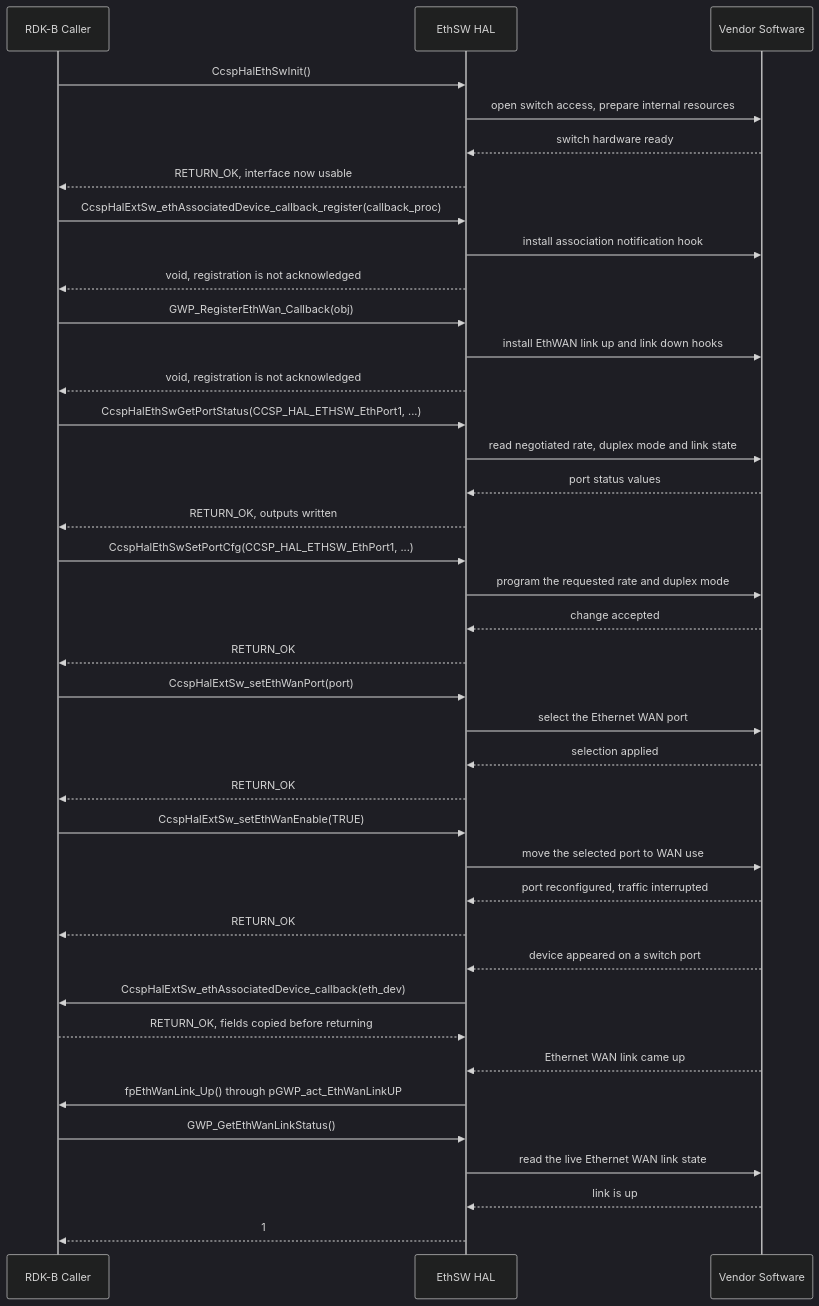
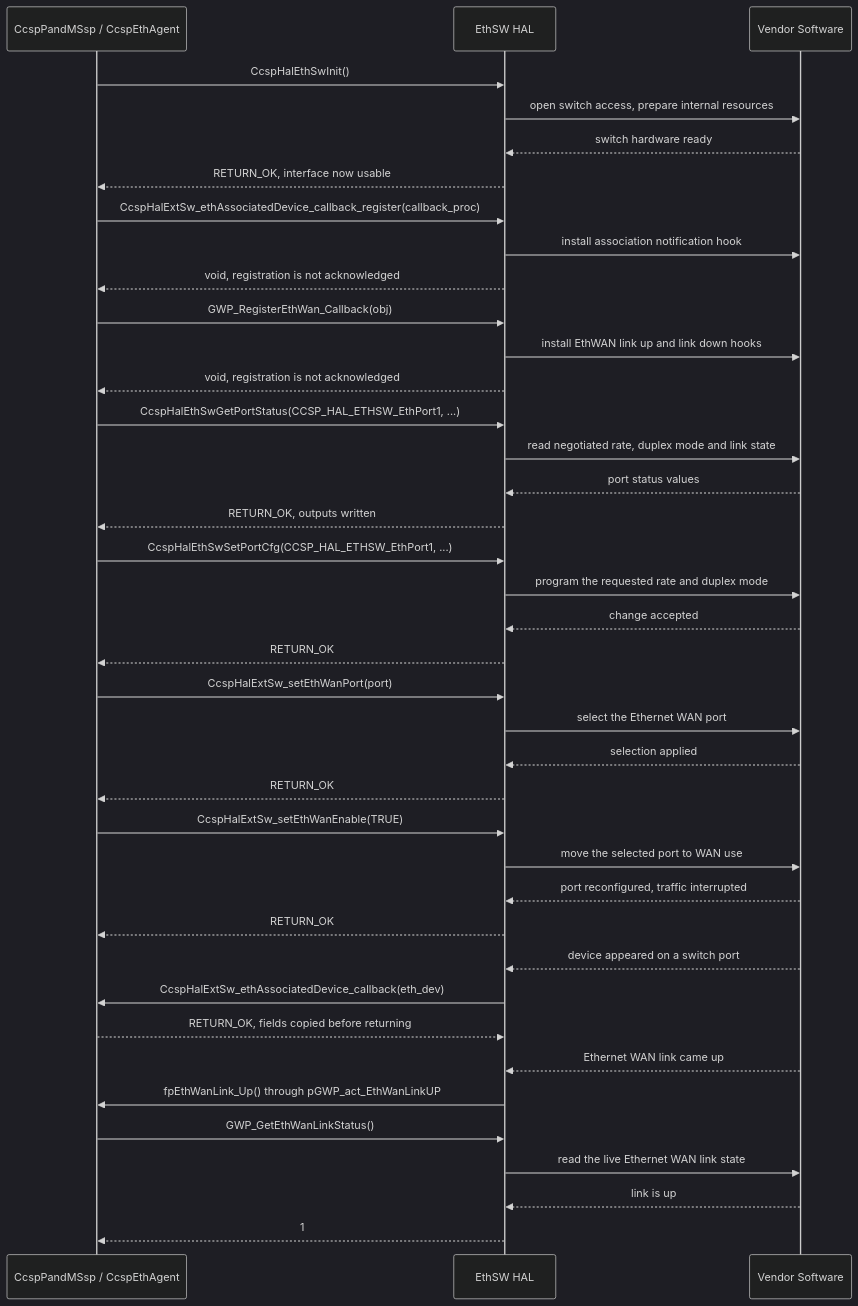
The second of 2 diagrams in docs/pages/halSpec.md (Blitzy-Sky/rdkb-halif-ethsw), drawn with Mermaid (dark theme) before and after one commit. The commit also changed other lines of this file, not shown here.

First line of the commit message:
docs: simplify the EthSW_HAL specification

````diff
--- a/docs/pages/halSpec.md
+++ b/docs/pages/halSpec.md
@@ -792,41 +538,41 @@
 ```mermaid
 sequenceDiagram
-    participant Caller as RDK-B Caller
+    participant Caller as CcspPandMSsp / CcspEthAgent
     participant HAL as EthSW HAL
     participant Vendor as Vendor Software
     Caller->>HAL: CcspHalEthSwInit()
     HAL->>Vendor: open switch access, prepare internal resources
     Vendor-->>HAL: switch hardware ready
     HAL-->>Caller: RETURN_OK, interface now usable
     Caller->>HAL: CcspHalExtSw_ethAssociatedDevice_callback_register(callback_proc)
     HAL->>Vendor: install association notification hook
     HAL-->>Caller: void, registration is not acknowledged
     Caller->>HAL: GWP_RegisterEthWan_Callback(obj)
     HAL->>Vendor: install EthWAN link up and link down hooks
     HAL-->>Caller: void, registration is not acknowledged
     Caller->>HAL: CcspHalEthSwGetPortStatus(CCSP_HAL_ETHSW_EthPort1, ...)
     HAL->>Vendor: read negotiated rate, duplex mode and link state
     Vendor-->>HAL: port status values
     HAL-->>Caller: RETURN_OK, outputs written
     Caller->>HAL: CcspHalEthSwSetPortCfg(CCSP_HAL_ETHSW_EthPort1, ...)
     HAL->>Vendor: program the requested rate and duplex mode
     Vendor-->>HAL: change accepted
     HAL-->>Caller: RETURN_OK
     Caller->>HAL: CcspHalExtSw_setEthWanPort(port)
     HAL->>Vendor: select the Ethernet WAN port
     Vendor-->>HAL: selection applied
     HAL-->>Caller: RETURN_OK
     Caller->>HAL: CcspHalExtSw_setEthWanEnable(TRUE)
     HAL->>Vendor: move the selected port to WAN use
     Vendor-->>HAL: port reconfigured, traffic interrupted
     HAL-->>Caller: RETURN_OK
     Vendor-->>HAL: device appeared on a switch port
     HAL->>Caller: CcspHalExtSw_ethAssociatedDevice_callback(eth_dev)
     Caller-->>HAL: RETURN_OK, fields copied before returning
     Vendor-->>HAL: Ethernet WAN link came up
     HAL->>Caller: fpEthWanLink_Up() through pGWP_act_EthWanLinkUP
     Caller->>HAL: GWP_GetEthWanLinkStatus()
     HAL->>Vendor: read the live Ethernet WAN link state
     Vendor-->>HAL: link is up
     HAL-->>Caller: 1
 ```
````
